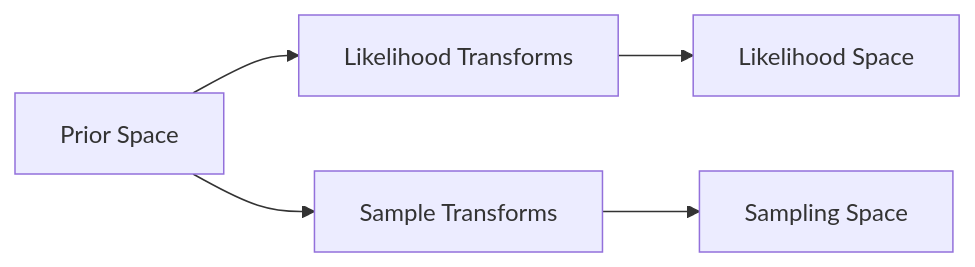
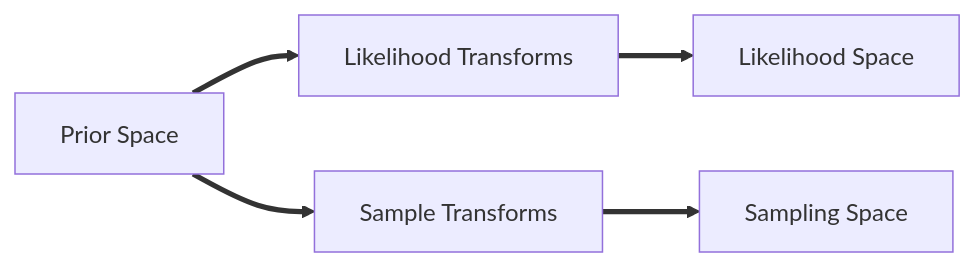
Before and after one commit to GW-JAX-Team/jim: the diagram in docs/guides/transforms.md, drawn with Mermaid. The commit also changed 1 other file, not shown here.

Commit message:
Update flowchart style in transforms and quickstart documentation

````diff
--- a/docs/guides/transforms.md
+++ b/docs/guides/transforms.md
@@ -5,5 +5,5 @@
 ```mermaid
 flowchart LR
-    PS[Prior Space] --> LT[Likelihood Transforms] --> LS[Likelihood Space]
-    PS --> ST[Sample Transforms] --> SS[Sampling Space]
+    PS[Prior Space] ==> LT[Likelihood Transforms] ==> LS[Likelihood Space]
+    PS ==> ST[Sample Transforms] ==> SS[Sampling Space]
 ```
````
